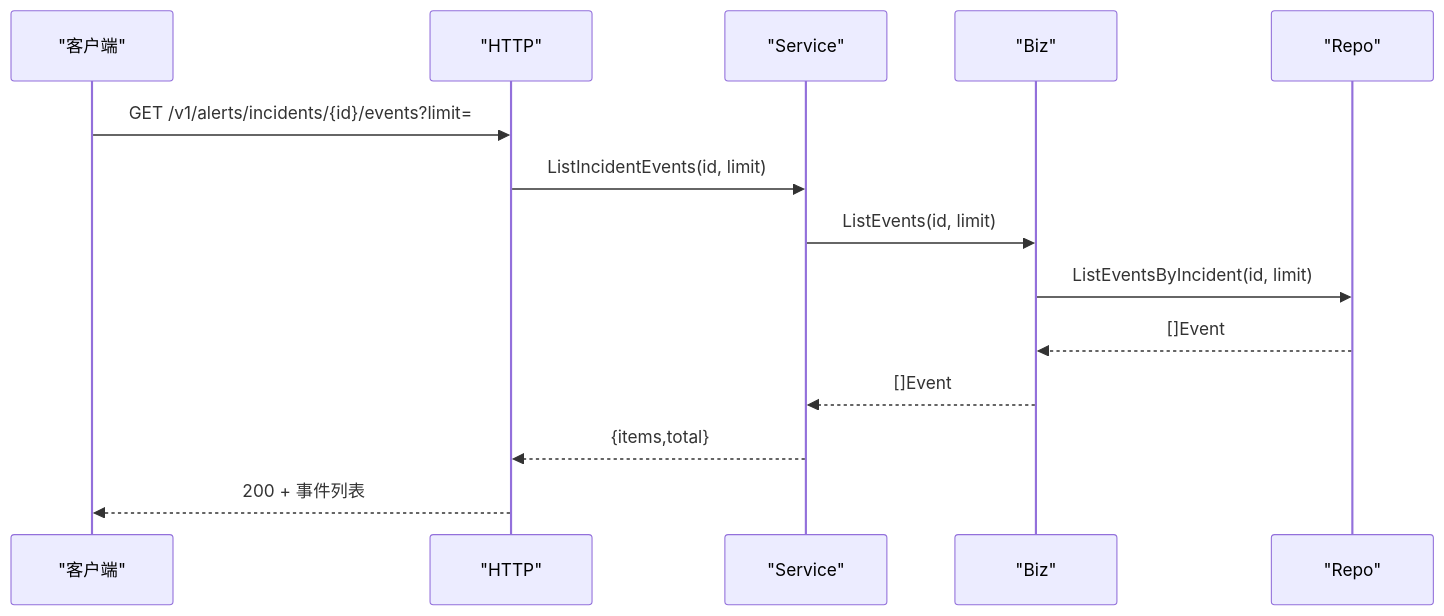
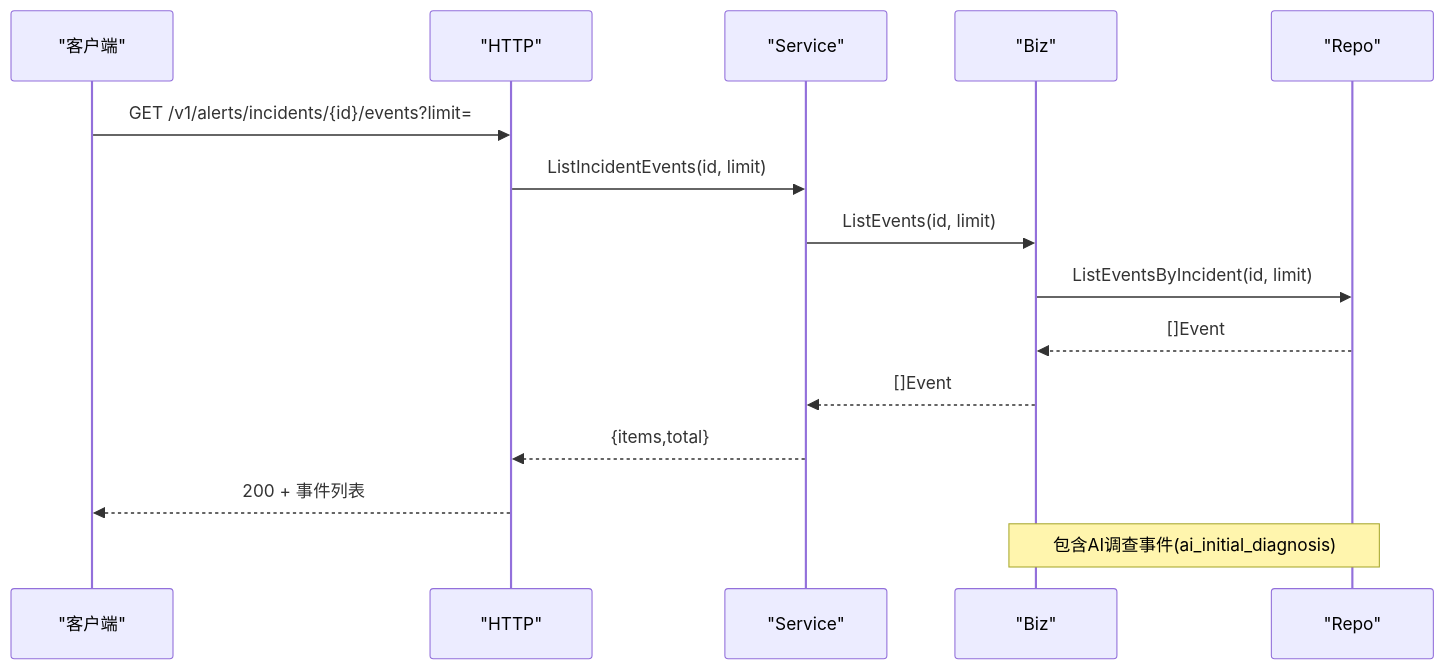
The sixth of 10 diagrams in .qoder/repowiki/zh/content/前端应用/API 集成/业务接口/告警管理接口/告警事件管理.md (xied1133-oss/ongrid), drawn with Mermaid before and after one commit. The commit also changed other lines of this file and 298 other files, not shown here.

````diff
--- a/.qoder/repowiki/zh/content/前端应用/API 集成/业务接口/告警管理接口/告警事件管理.md
+++ b/.qoder/repowiki/zh/content/前端应用/API 集成/业务接口/告警管理接口/告警事件管理.md
@@ -227,16 +247,17 @@
 ```mermaid
 sequenceDiagram
 participant C as "客户端"
 participant H as "HTTP"
 participant S as "Service"
 participant U as "Biz"
 participant R as "Repo"
 C->>H : GET /v1/alerts/incidents/{id}/events?limit=
 H->>S : ListIncidentEvents(id, limit)
 S->>U : ListEvents(id, limit)
 U->>R : ListEventsByIncident(id, limit)
 R-->>U : []Event
 U-->>S : []Event
 S-->>H : {items,total}
 H-->>C : 200 + 事件列表
+Note over U,R : 包含AI调查事件(ai_initial_diagnosis)
 ```
````
